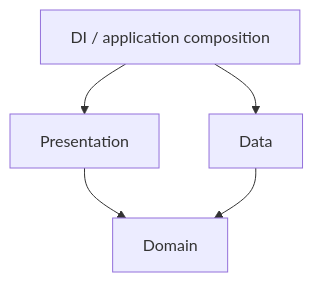
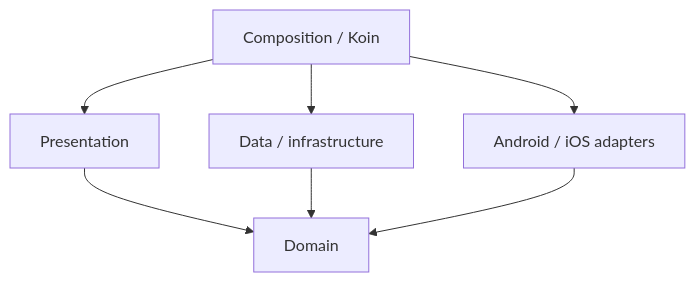
One commit to cbgm/Sparrow changed the diagram in docs/architecture/clean-architecture.md. Above: the diagram before and after it, drawn with Mermaid. The commit also changed other lines of this file and 62 other files, not shown here.

````diff
--- a/docs/architecture/clean-architecture.md
+++ b/docs/architecture/clean-architecture.md
@@ -15,7 +9,9 @@
 ```mermaid
 flowchart TD
-    Presentation --> Domain
-    Data --> Domain
-    Composition["DI / application composition"] --> Presentation
-    Composition --> Data
+    UI[Presentation] --> DOMAIN[Domain]
+    DATA[Data / infrastructure] --> DOMAIN
+    PLATFORM[Android / iOS adapters] --> DOMAIN
+    DI[Composition / Koin] --> UI
+    DI --> DATA
+    DI --> PLATFORM
 ```
````
